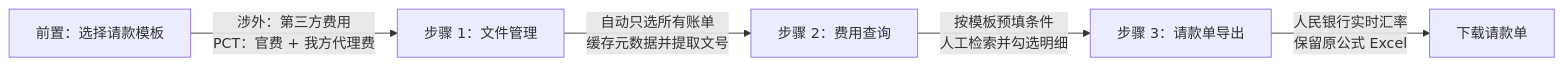
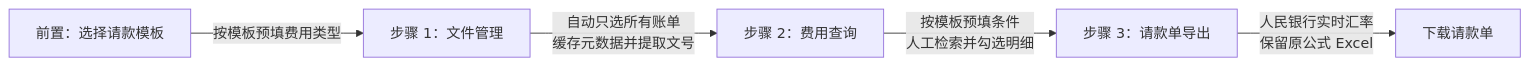
One commit to haohaizi233/patmail changed the diagram in patmail-extension/docs/workflows/请款.md. Above: the diagram before and after it, drawn with Mermaid. The commit also changed other lines of this file and 1 other file, not shown here.

````diff
--- a/patmail-extension/docs/workflows/请款.md
+++ b/patmail-extension/docs/workflows/请款.md
@@ -9,7 +9,7 @@
 ```mermaid
 flowchart LR
-    T["前置：选择请款模板"] -->|"涉外：第三方费用<br/>PCT：官费 + 我方代理费"| A["步骤 1：文件管理"]
+    T["前置：选择请款模板"] -->|"按模板预填费用类型"| A["步骤 1：文件管理"]
     A -->|"自动只选所有账单<br/>缓存元数据并提取文号"| B["步骤 2：费用查询"]
     B -->|"按模板预填条件<br/>人工检索并勾选明细"| C["步骤 3：请款单导出"]
     C -->|"人民银行实时汇率<br/>保留原公式 Excel"| D["下载请款单"]
 ```
````
